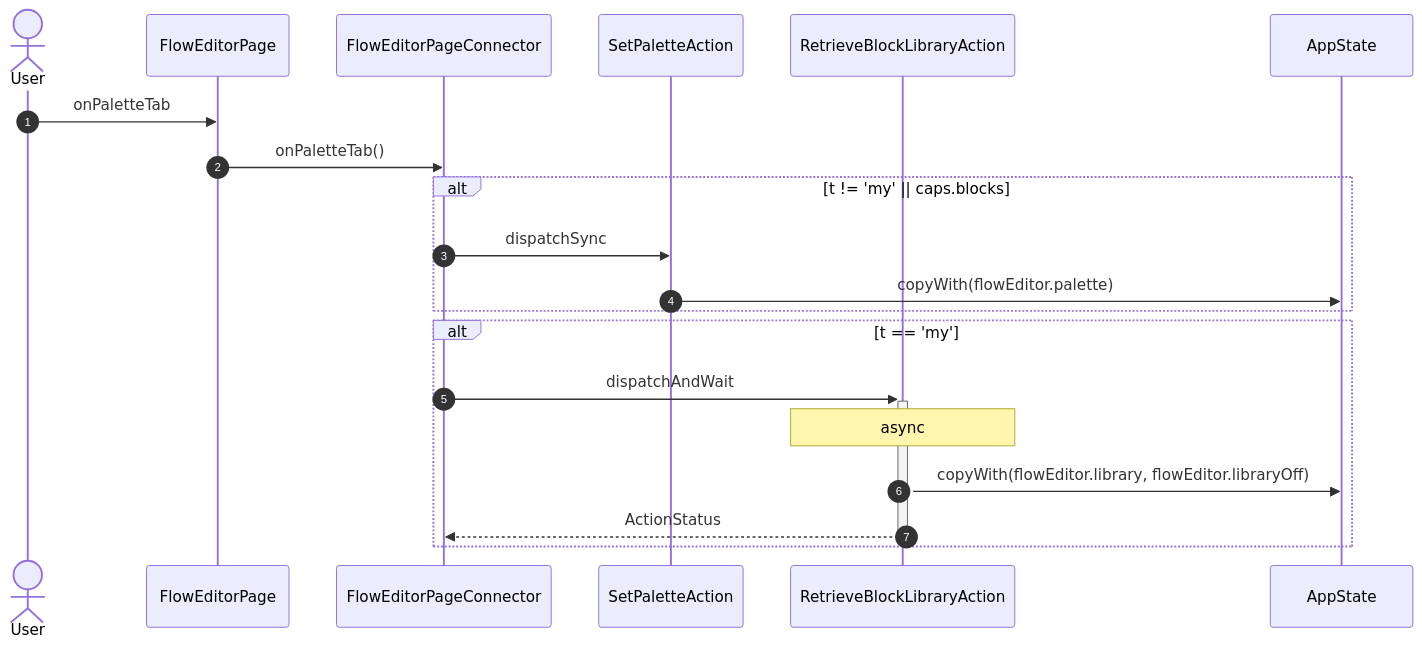
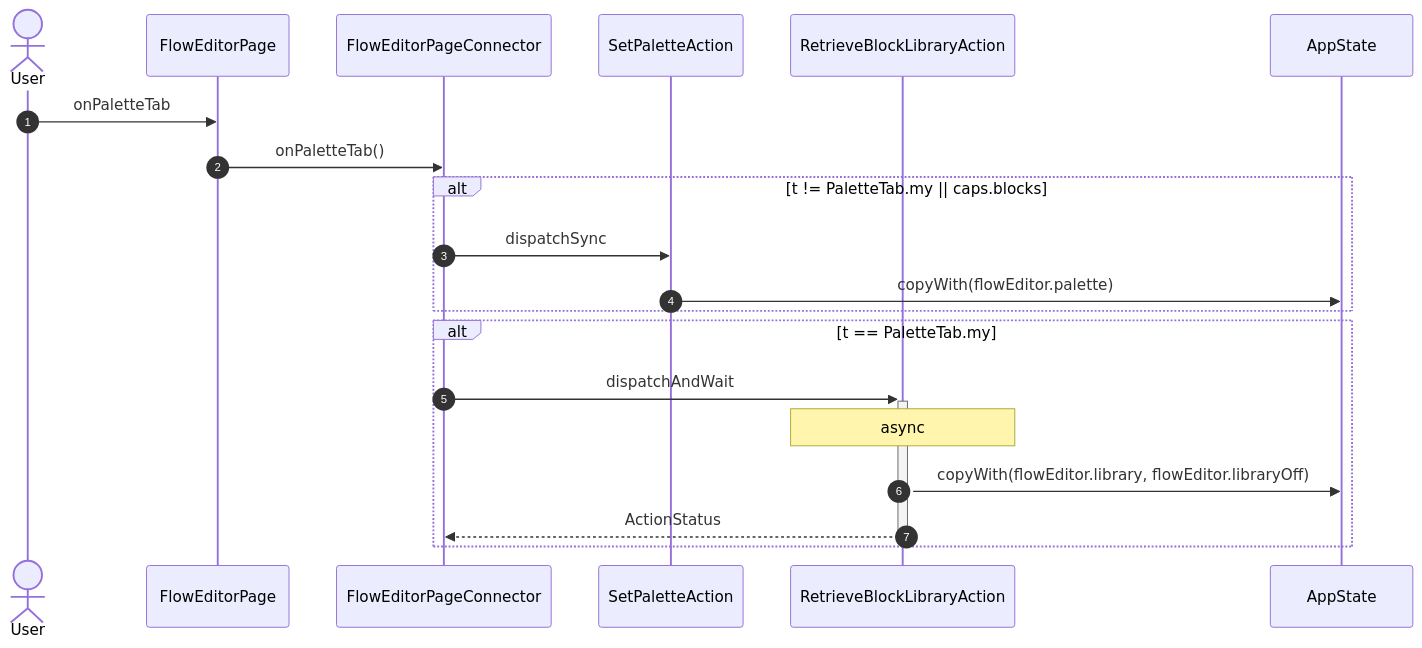
One commit to gencto/wyrm changed diagram 19 of 42 in studio/docs/flows/flowEditor.md. Above: the diagram before and after it, drawn with Mermaid. The commit also changed other lines of this file and 61 other files, not shown here.

First line of the commit message:
studio: flow editor: typed editor state, field ids and actions without unawaited

````diff
--- a/studio/docs/flows/flowEditor.md
+++ b/studio/docs/flows/flowEditor.md
@@ -374,23 +375,23 @@
 ```mermaid
 sequenceDiagram
     autonumber
     actor User
     participant UI as FlowEditorPage
     participant VM as FlowEditorPageConnector
     participant A1 as SetPaletteAction
     participant A2 as RetrieveBlockLibraryAction
     participant ST as AppState
 
     User->>UI: onPaletteTab
     UI->>VM: onPaletteTab()
-    alt t != 'my' || caps.blocks
+    alt t != PaletteTab.my || caps.blocks
         VM->>A1: dispatchSync
         A1->>ST: copyWith(flowEditor.palette)
     end
-    alt t == 'my'
+    alt t == PaletteTab.my
         VM->>+A2: dispatchAndWait
         Note over A2: async
         A2->>ST: copyWith(flowEditor.library, flowEditor.libraryOff)
         A2-->>-VM: ActionStatus
     end
 ```
````
